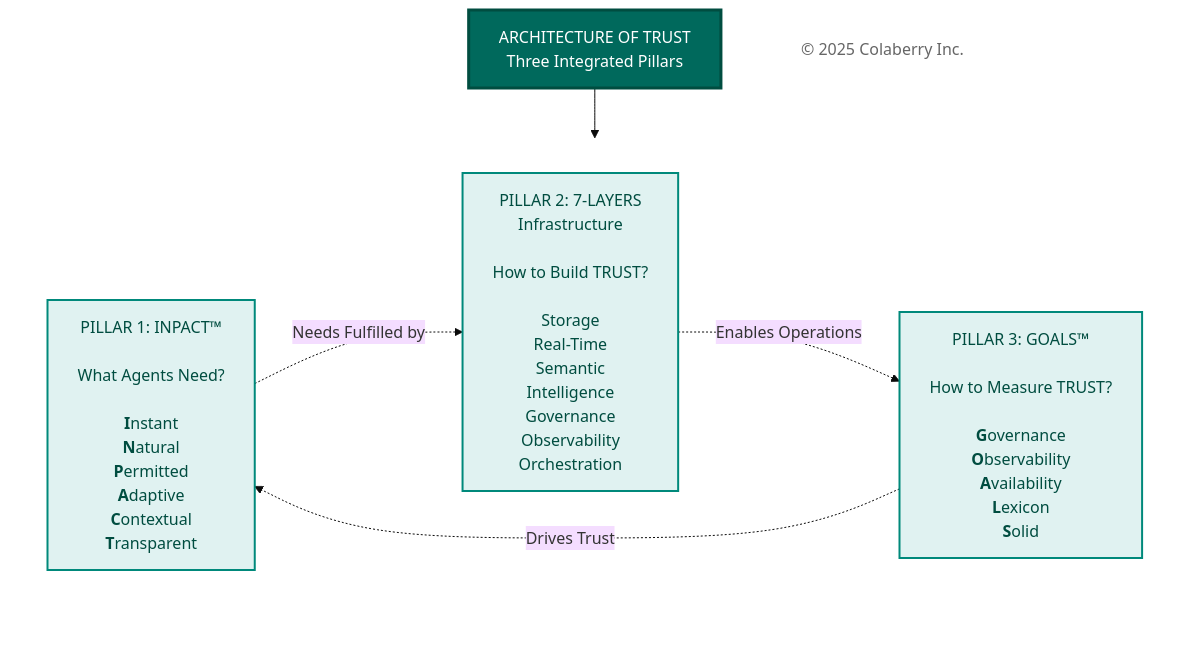
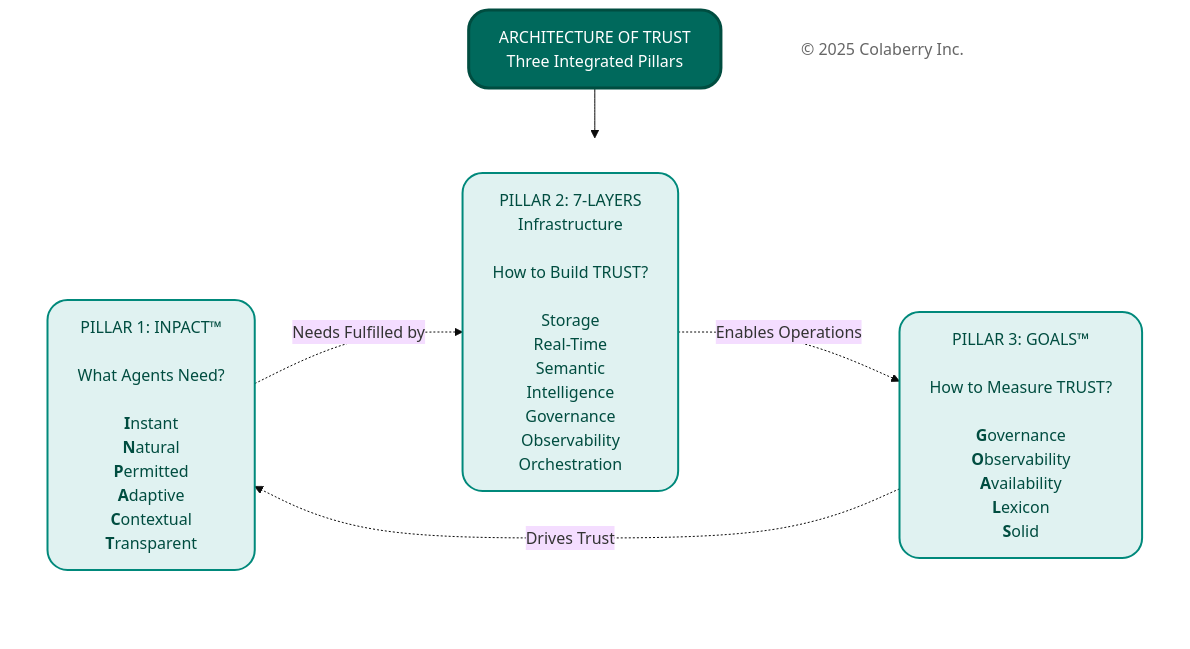
Before and after one commit to saitejesh-cyber/trust-before-intelligence-book: the fourth of 4 diagrams in manuscript/01_chapter_0_trust_before_intelligence.md, drawn with Mermaid (base theme). The commit also changed other lines of this file, not shown here.

````diff
--- a/manuscript/01_chapter_0_trust_before_intelligence.md
+++ b/manuscript/01_chapter_0_trust_before_intelligence.md
@@ -331,30 +331,30 @@
 ```mermaid
 
 graph TB
     Title["ARCHITECTURE OF TRUST<br/>Three Integrated Pillars"]
     
     subgraph PILLARS[" "]
         direction LR
         INPACT["PILLAR 1: INPACT™<br/><br/>What Agents Need?<br/><br/><b>I</b>nstant<br/><b>N</b>atural<br/><b>P</b>ermitted<br/><b>A</b>daptive<br/><b>C</b>ontextual<br/><b>T</b>ransparent"]
         
         Layers["PILLAR 2: 7-LAYERS<br/>Infrastructure<br/><br/>How to Build TRUST?<br/><br/>Storage<br/>Real-Time<br/>Semantic<br/>Intelligence<br/>Governance<br/>Observability<br/>Orchestration"]
         
         GOALS["PILLAR 3: GOALS™<br/><br/>How to Measure TRUST?<br/><br/><b>G</b>overnance<br/><b>O</b>bservability<br/><b>A</b>vailability<br/><b>L</b>exicon<br/><b>S</b>olid"]
     end
     
     Copyright["© 2025 Colaberry Inc."]
     
     Title --> PILLARS
     
     INPACT -.->|"Needs Fulfilled by"| Layers
     Layers -.->|"Enables Operations"| GOALS
     GOALS -.->|"Drives Trust"| INPACT
     
-    style Title fill:#00695c,color:#ffffff,stroke:#004d40,stroke-width:3px
+    style Title fill:#00695c,color:#ffffff,stroke:#004d40,stroke-width:3px,rx:20,ry:20
     style PILLARS fill:none,stroke:none
-    style INPACT fill:#e0f2f1,stroke:#00897b,stroke-width:2px,color:#004d40
-    style Layers fill:#e0f2f1,stroke:#00897b,stroke-width:2px,color:#004d40
-    style GOALS fill:#e0f2f1,stroke:#00897b,stroke-width:2px,color:#004d40
+    style INPACT fill:#e0f2f1,stroke:#00897b,stroke-width:2px,color:#004d40,rx:20,ry:20
+    style Layers fill:#e0f2f1,stroke:#00897b,stroke-width:2px,color:#004d40,rx:20,ry:20
+    style GOALS fill:#e0f2f1,stroke:#00897b,stroke-width:2px,color:#004d40,rx:20,ry:20
     style Copyright fill:#ffffff,stroke:none,color:#666666
 
 ```
````
